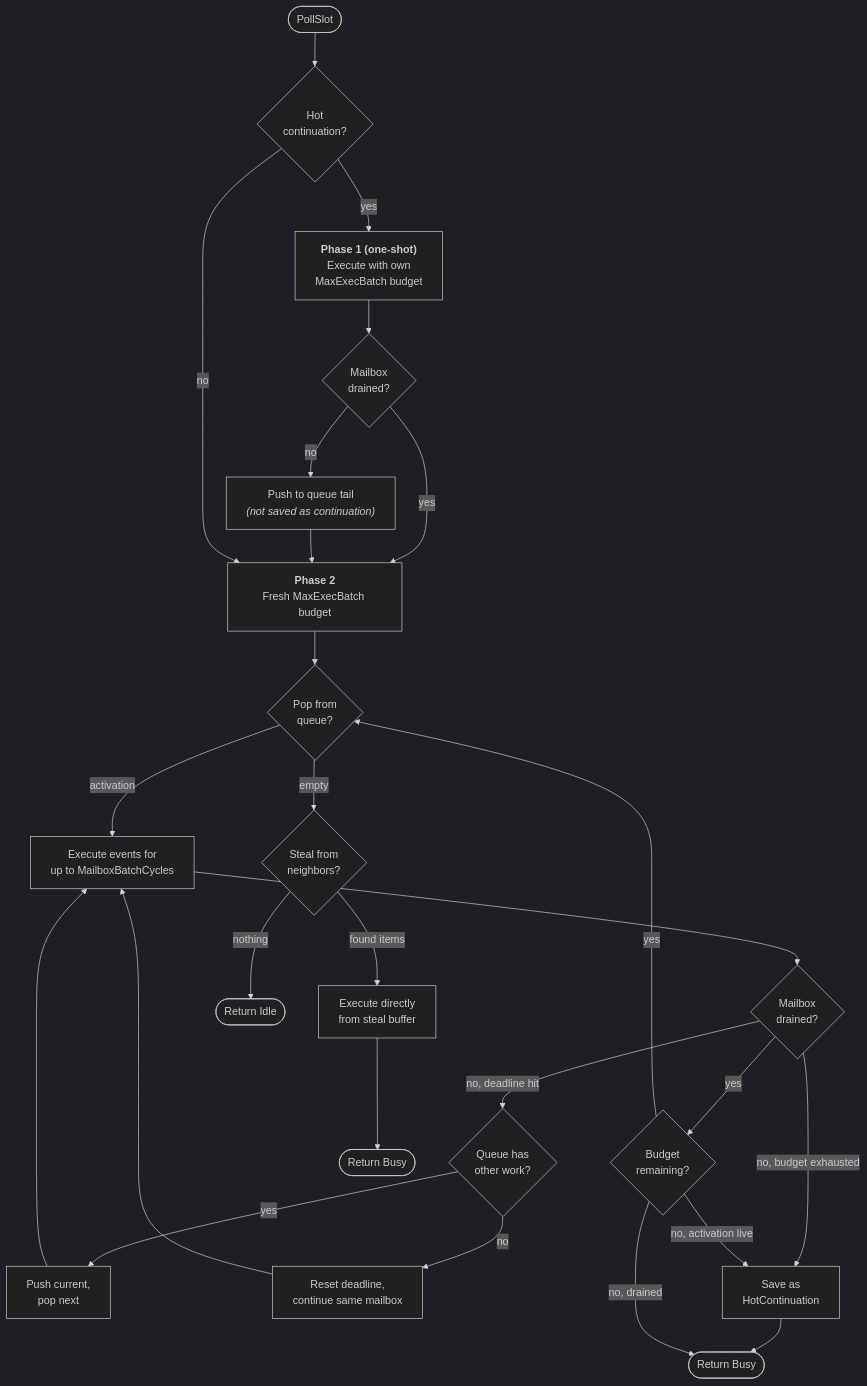
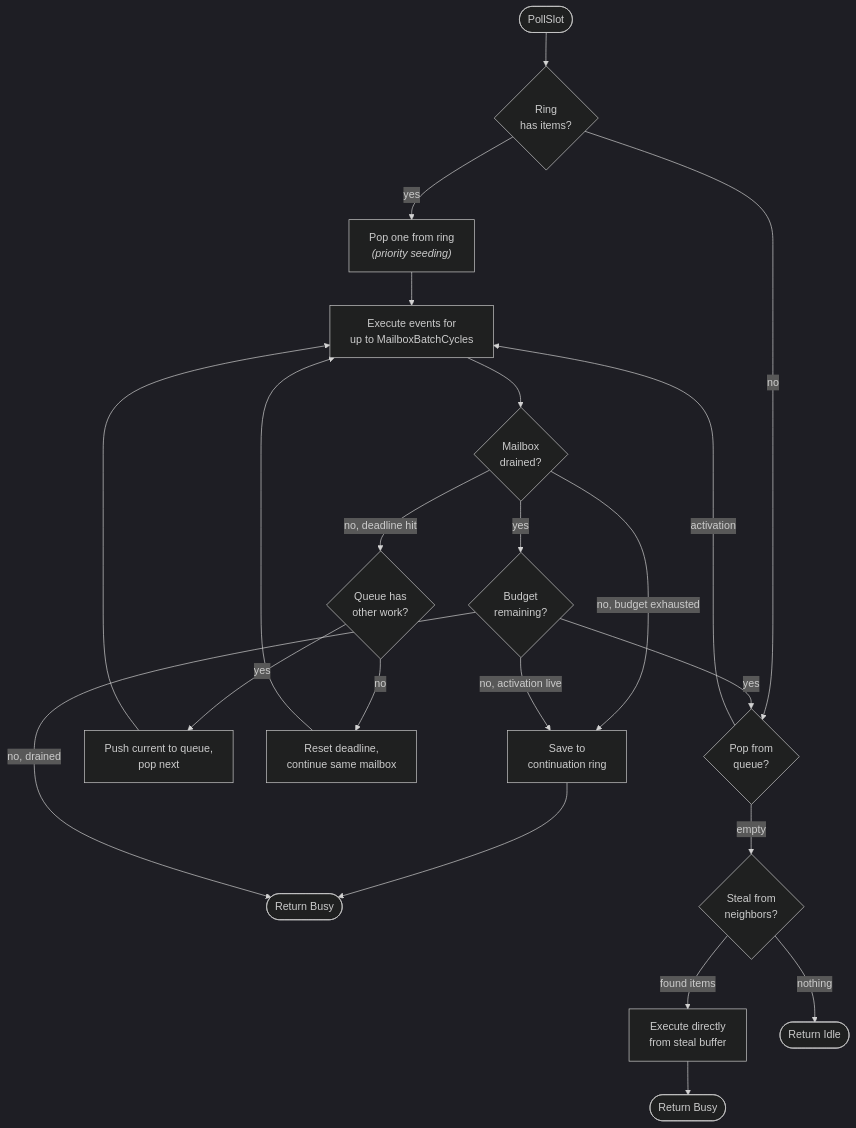
Before and after one commit to ak0rz/ydb: the third of 4 diagrams in ydb/library/actors/core/workstealing/doc/rfc.md, drawn with Mermaid (dark theme). The commit also changed other lines of this file and 10 other files, not shown here.

First line of the commit message:
Replace one-shot hot continuation with continuation ring

````diff
--- a/ydb/library/actors/core/workstealing/doc/rfc.md
+++ b/ydb/library/actors/core/workstealing/doc/rfc.md
@@ -98,34 +98,29 @@
 ```mermaid
 flowchart TD
-    START([PollSlot]) --> CONT{Hot<br/>continuation?}
+    START([PollSlot]) --> SEED{Ring<br/>has items?}
 
-    CONT -->|yes| P1["<b>Phase 1 (one-shot)</b><br/>Execute with own<br/>MaxExecBatch budget"]
-    P1 --> P1DONE{Mailbox<br/>drained?}
-    P1DONE -->|no| P1PUSH["Push to queue tail<br/><i>(not saved as continuation)</i>"]
-    P1DONE -->|yes| P2START
-    P1PUSH --> P2START
-
-    CONT -->|no| P2START
-    P2START["<b>Phase 2</b><br/>Fresh MaxExecBatch budget"] --> POP
+    SEED -->|yes| RPOP["Pop one from ring<br/><i>(priority seeding)</i>"]
+    RPOP --> EXEC
+    SEED -->|no| POP
 
     POP{Pop from<br/>queue?} -->|activation| EXEC["Execute events for<br/>up to MailboxBatchCycles"]
     EXEC --> DRAIN{Mailbox<br/>drained?}
     DRAIN -->|yes| BUDGET
     DRAIN -->|no, deadline hit| PEEK{Queue has<br/>other work?}
-    PEEK -->|yes| SWAP["Push current,<br/>pop next"]
+    PEEK -->|yes| SWAP["Push current to queue,<br/>pop next"]
     PEEK -->|no| RESET["Reset deadline,<br/>continue same mailbox"]
     SWAP --> EXEC
     RESET --> EXEC
 
     BUDGET{Budget<br/>remaining?} -->|yes| POP
     DRAIN -->|no, budget exhausted| SAVE
     BUDGET -->|no, activation live| SAVE
 
-    SAVE["Save as<br/>HotContinuation"] --> BUSY(["Return Busy"])
+    SAVE["Save to<br/>continuation ring"] --> BUSY(["Return Busy"])
     BUDGET -->|no, drained| BUSY
 
     POP -->|empty| STEAL{Steal from<br/>neighbors?}
     STEAL -->|found items| EXEC_STOLEN["Execute directly<br/>from steal buffer"]
     EXEC_STOLEN --> BUSY2(["Return Busy"])
     STEAL -->|nothing| IDLE(["Return Idle"])
 ```
````
